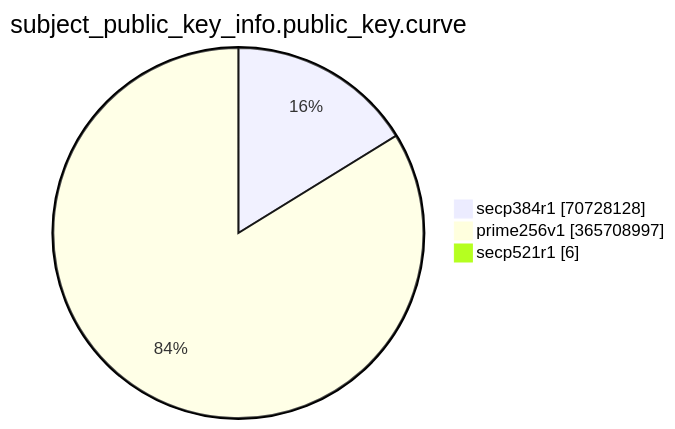
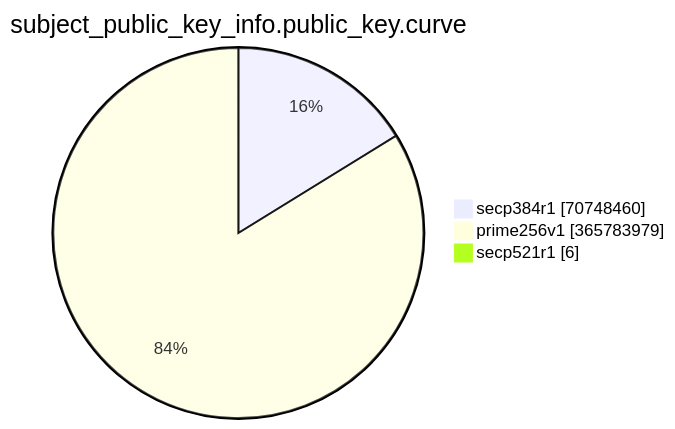
One commit to christiankrug/ctmonitor_visualization changed the eighth of 15 diagrams in TOTAL/README.md. Above: the diagram before and after it, drawn with Mermaid. The commit also changed other lines of this file, not shown here.

````diff
--- a/TOTAL/README.md
+++ b/TOTAL/README.md
@@ -3092,7 +3092,7 @@
 ```mermaid
 pie showData
 title subject_public_key_info.public_key.curve
-"secp384r1" :70728128
-"prime256v1" :365708997
+"secp384r1" :70748460
+"prime256v1" :365783979
 "secp521r1" :6
 ```
````
